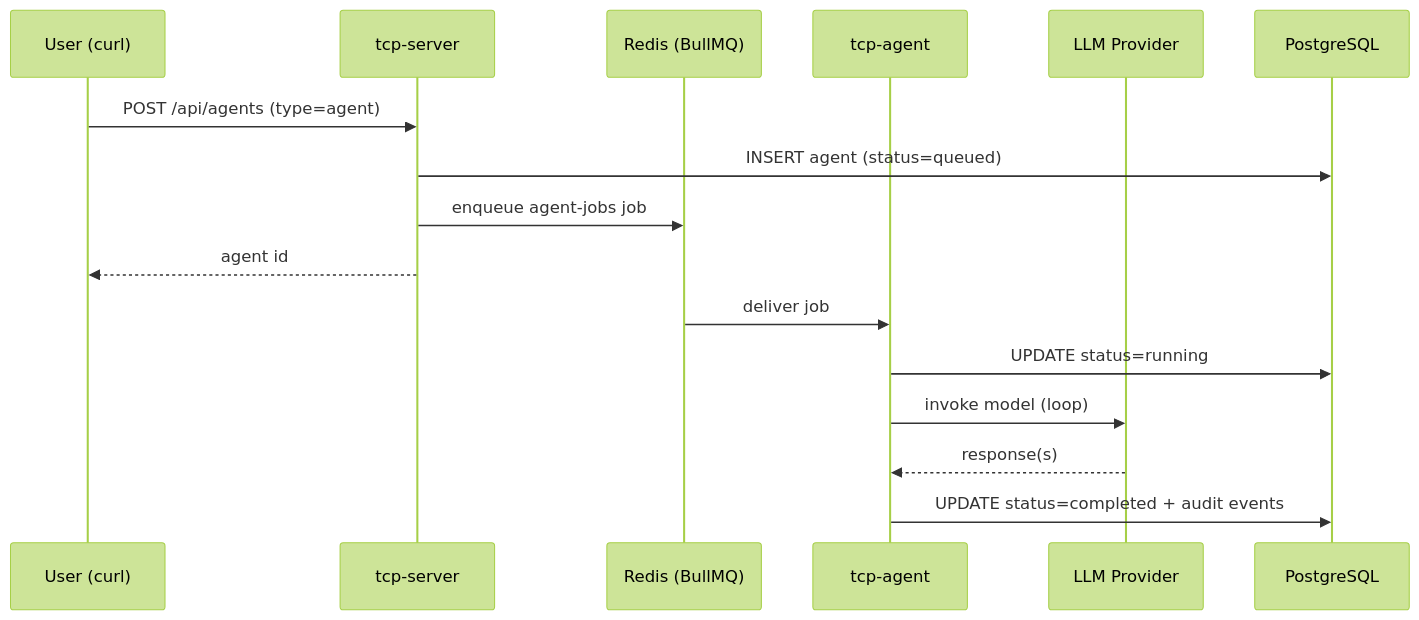
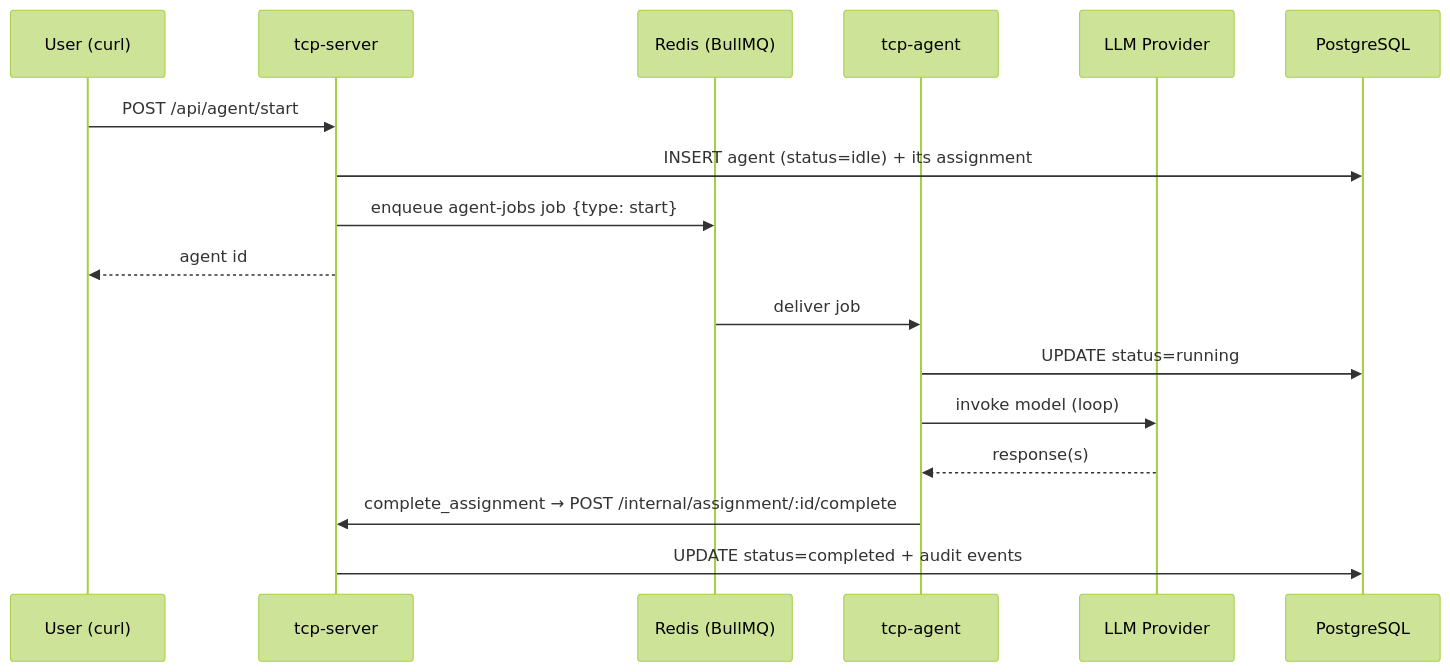
One commit to instantiator/tcp-server changed the diagram in docs/manual-testing/04-autonomous-agents.md. Above: the diagram before and after it, drawn with Mermaid (forest theme). The commit also changed other lines of this file and 38 other files, not shown here.

````diff
--- a/docs/manual-testing/04-autonomous-agents.md
+++ b/docs/manual-testing/04-autonomous-agents.md
@@ -9,20 +9,21 @@
 ```mermaid
 sequenceDiagram
     participant U as User (curl)
     participant S as tcp-server
     participant Q as Redis (BullMQ)
     participant A as tcp-agent
     participant LLM as LLM Provider
     participant DB as PostgreSQL
 
-    U->>S: POST /api/agents (type=agent)
-    S->>DB: INSERT agent (status=queued)
-    S->>Q: enqueue agent-jobs job
+    U->>S: POST /api/agent/start
+    S->>DB: INSERT agent (status=idle) + its assignment
+    S->>Q: enqueue agent-jobs job {type: start}
     S-->>U: agent id
 
     Q->>A: deliver job
     A->>DB: UPDATE status=running
     A->>LLM: invoke model (loop)
     LLM-->>A: response(s)
-    A->>DB: UPDATE status=completed + audit events
+    A->>S: complete_assignment → POST /internal/assignment/:id/complete
+    S->>DB: UPDATE status=completed + audit events
 ```
````
